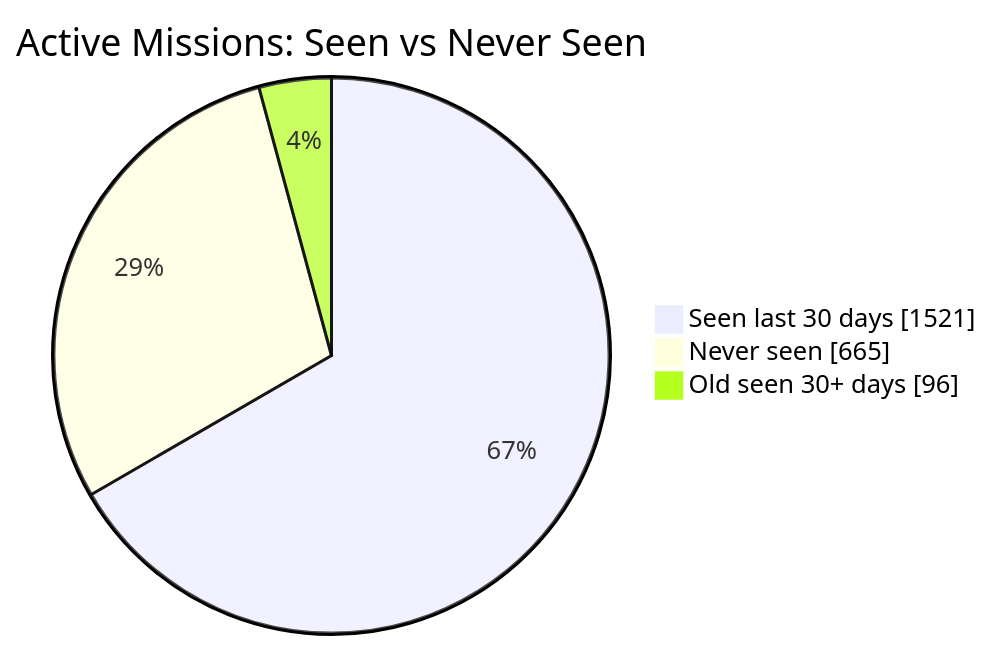
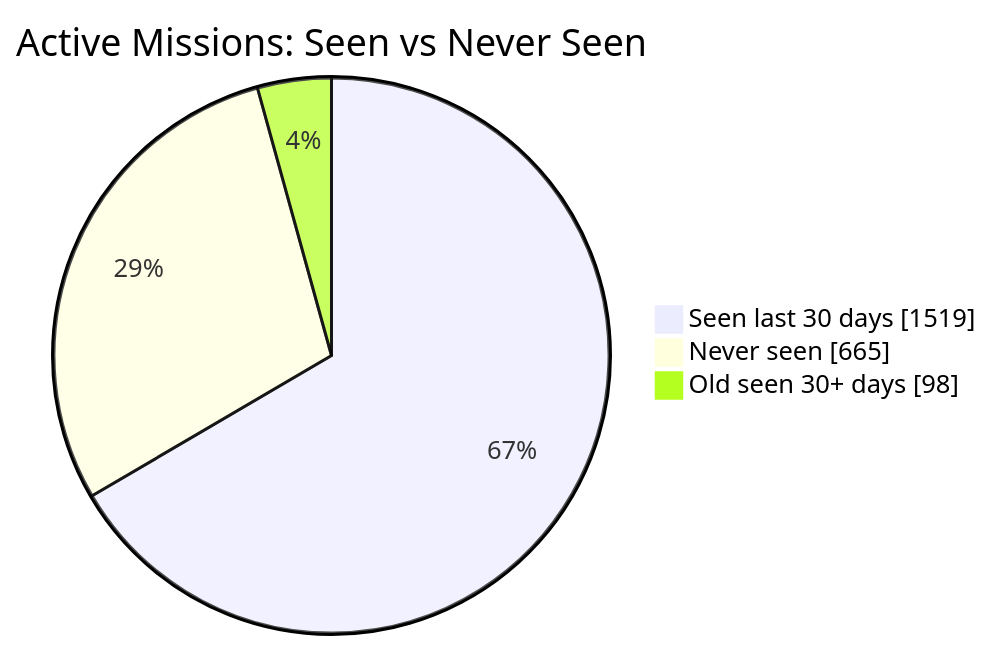
The first of 2 diagrams in README.md (MeldkamerspelGameTeam/active-missions), drawn with Mermaid before and after one commit. The commit also changed other lines of this file and 2 other files, not shown here.

````diff
--- a/README.md
+++ b/README.md
@@ -34,7 +34,7 @@
 ```mermaid
 pie showData
     title Active Missions: Seen vs Never Seen
-    "Seen last 30 days" : 1521
+    "Seen last 30 days" : 1519
     "Never seen" : 665
-    "Old seen 30+ days" : 96
+    "Old seen 30+ days" : 98
 ```
````
